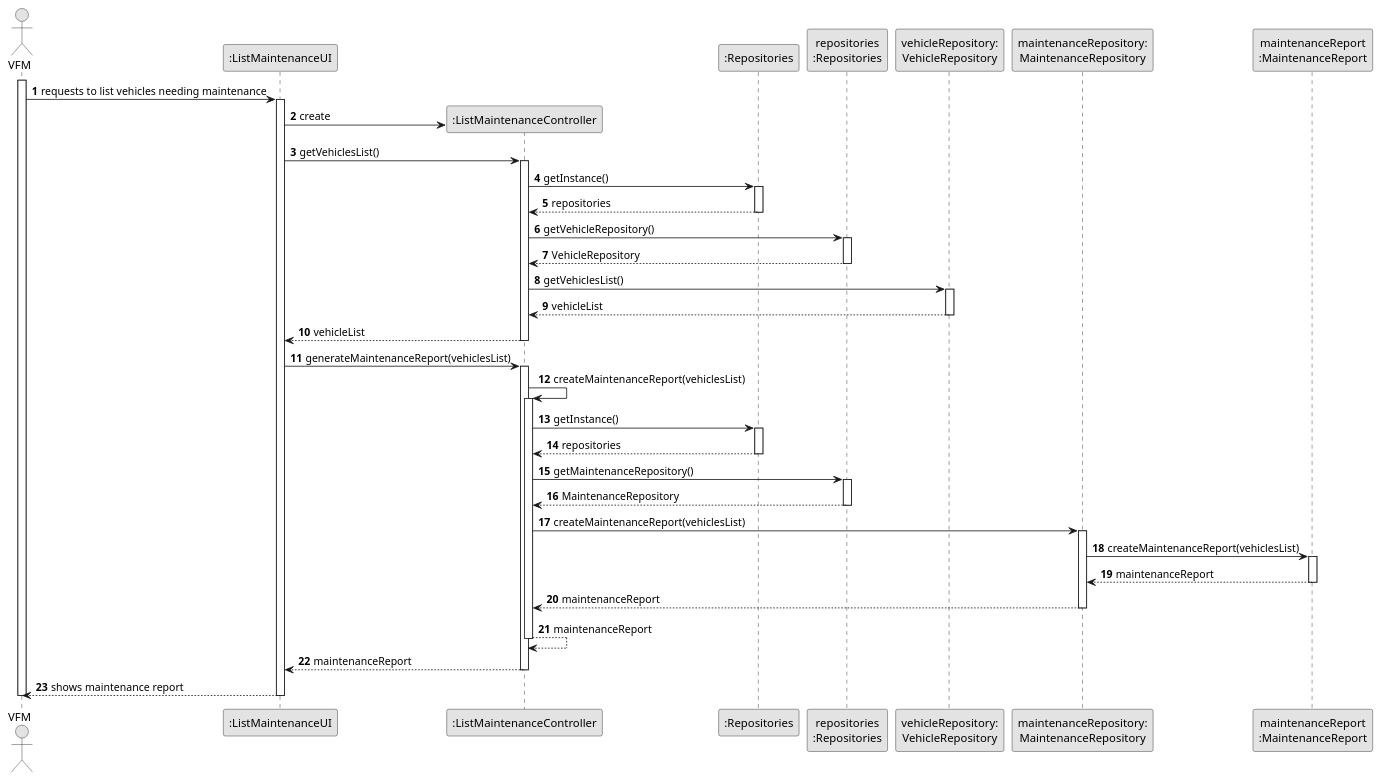
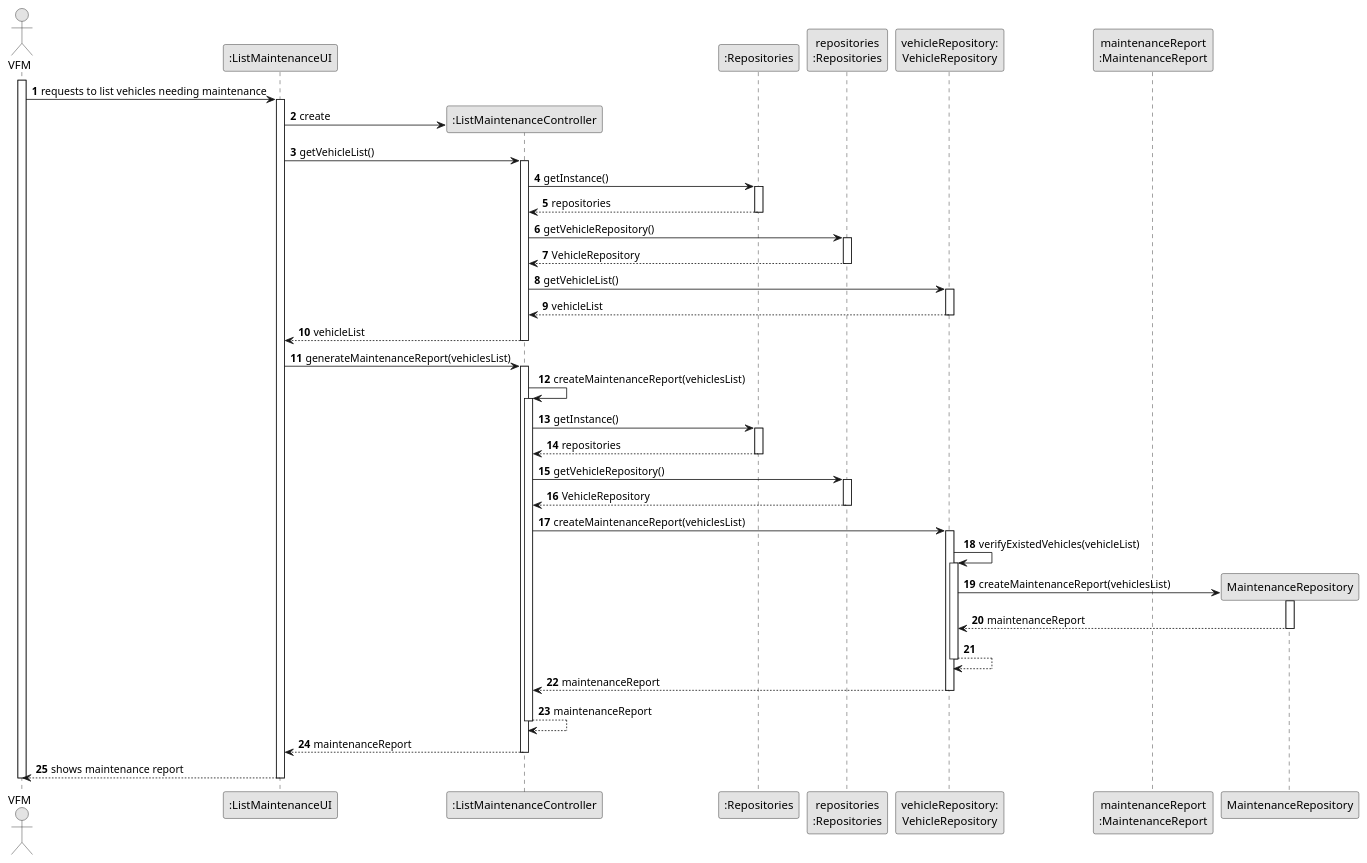
One commit to ricardomm7/leaflink changed the diagram in docs/sprintB/us008/03.design/puml/us008-sequence-diagram-full.puml. Above: the diagram before and after it, drawn with PlantUML. The commit also changed 8 other files, not shown here.

Commit message:
LFC2-90<Change the sequence diagram> LFC2-114<Start class diagram and small changes on sequence diagram>

```diff
--- a/docs/sprintB/us008/03.design/puml/us008-sequence-diagram-full.puml
+++ b/docs/sprintB/us008/03.design/puml/us008-sequence-diagram-full.puml
@@ -1,91 +1,96 @@
 @startuml
 skinparam monochrome true
 skinparam packageStyle rectangle
 skinparam shadowing false
 
 autonumber
 
 'hide footbox
 actor "VFM" as VFM
 participant ":ListMaintenanceUI" as UI
 participant ":ListMaintenanceController" as CTRL
 participant ":Repositories" as RepositorySingleton
 participant "repositories\n:Repositories" as PLAT
 participant "vehicleRepository:\nVehicleRepository" as VehicleRepository
-participant "maintenanceRepository:\nMaintenanceRepository" as MaintenanceRepository
 participant "maintenanceReport\n:MaintenanceReport" as MaintenanceReport
 
 activate VFM
 
     VFM -> UI : requests to list vehicles needing maintenance
     activate UI
 
         UI -> CTRL** : create
 
-        UI -> CTRL : getVehiclesList()
+        UI -> CTRL : getVehicleList()
         activate CTRL
 
             CTRL -> RepositorySingleton : getInstance()
             activate RepositorySingleton
 
                 RepositorySingleton --> CTRL: repositories
             deactivate RepositorySingleton
 
             CTRL -> PLAT : getVehicleRepository()
             activate PLAT
 
                 PLAT --> CTRL: VehicleRepository
             deactivate PLAT
 
-            CTRL -> VehicleRepository : getVehiclesList()
+            CTRL -> VehicleRepository : getVehicleList()
             activate VehicleRepository
 
                 VehicleRepository --> CTRL : vehicleList
             deactivate VehicleRepository
 
             CTRL --> UI : vehicleList
         deactivate CTRL
 
 
         UI -> CTRL : generateMaintenanceReport(vehiclesList)
         activate CTRL
 
             CTRL -> CTRL : createMaintenanceReport(vehiclesList)
             activate CTRL
 
                 CTRL -> RepositorySingleton : getInstance()
                 activate RepositorySingleton
 
                     RepositorySingleton --> CTRL: repositories
                 deactivate RepositorySingleton
 
-                CTRL -> PLAT : getMaintenanceRepository()
+                CTRL -> PLAT : getVehicleRepository()
                 activate PLAT
 
-                    PLAT --> CTRL: MaintenanceRepository
+                    PLAT --> CTRL: VehicleRepository
                 deactivate PLAT
 
-                CTRL -> MaintenanceRepository : createMaintenanceReport(vehiclesList)
-                activate MaintenanceRepository
+                CTRL -> VehicleRepository : createMaintenanceReport(vehiclesList)
+                activate VehicleRepository
 
-                    MaintenanceRepository -> MaintenanceReport : createMaintenanceReport(vehiclesList)
-                    activate MaintenanceReport
+                VehicleRepository -> VehicleRepository: verifyExistedVehicles(vehicleList)
+                activate VehicleRepository
 
-                    MaintenanceReport --> MaintenanceRepository : maintenanceReport
-                    deactivate MaintenanceReport
+                    VehicleRepository -> MaintenanceRepository **: createMaintenanceReport(vehiclesList)
+                    activate MaintenanceRepository
 
-                MaintenanceRepository --> CTRL : maintenanceReport
-                deactivate MaintenanceRepository
+                    MaintenanceRepository --> VehicleRepository : maintenanceReport
+                    deactivate MaintenanceRepository
+
+                VehicleRepository --> VehicleRepository
+                deactivate VehicleRepository
+
+                VehicleRepository --> CTRL : maintenanceReport
+                deactivate VehicleRepository
 
             CTRL --> CTRL : maintenanceReport
             deactivate CTRL
 
             CTRL --> UI : maintenanceReport
         deactivate CTRL
 
         UI --> VFM : shows maintenance report
     deactivate UI
 
 deactivate VFM
 
 @enduml
```
